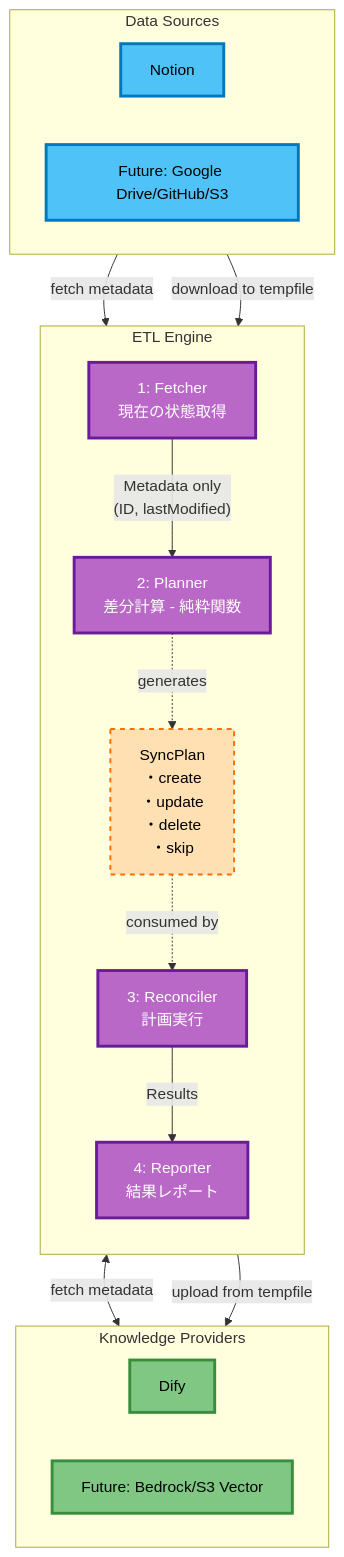
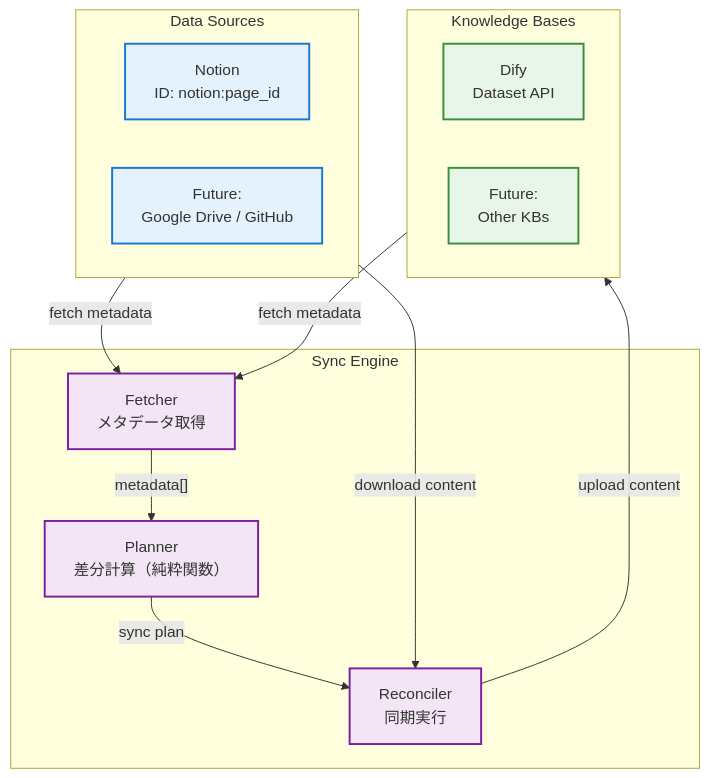
One commit to yuya-takeyama/dok changed the diagram in specs/20250718-1952-ai-knowledge-etl-framework/design.md. Above: the diagram before and after it, drawn with Mermaid. The commit also changed other lines of this file, not shown here.

First line of the commit message:
refactor: simplify design to focus on minimal Notion→Dify sync

````diff
--- a/specs/20250718-1952-ai-knowledge-etl-framework/design.md
+++ b/specs/20250718-1952-ai-knowledge-etl-framework/design.md
@@ -31,42 +31,34 @@
 ```mermaid
 flowchart TB
     subgraph DS[Data Sources]
-        Notion[Notion]
-        Future1["Future: Google Drive/GitHub/S3"]
+        Notion["Notion<br/>ID: notion:page_id"]
+        Future1["Future:<br/>Google Drive / GitHub"]
     end
 
-    subgraph ETL[ETL Engine]
-        direction TB
-        Fetcher["1: Fetcher<br/>現在の状態取得"]
-        Planner["2: Planner<br/>差分計算 - 純粋関数"]
-        SyncPlan["SyncPlan<br/>・create<br/>・update<br/>・delete<br/>・skip"]
-        Reconciler["3: Reconciler<br/>計画実行"]
-        Reporter["4: Reporter<br/>結果レポート"]
+    subgraph Core[Sync Engine]
+        Fetcher["Fetcher<br/>メタデータ取得"]
+        Planner["Planner<br/>差分計算（純粋関数）"]
+        Reconciler["Reconciler<br/>同期実行"]
 
-        Fetcher -->|"Metadata only<br/>(ID, lastModified)"| Planner
-        Planner -.->|"generates"| SyncPlan
-        SyncPlan -.->|"consumed by"| Reconciler
-        Reconciler -->|"Results"| Reporter
+        Fetcher -->|"metadata[]"| Planner
+        Planner -->|"sync plan"| Reconciler
     end
 
-    subgraph KP[Knowledge Providers]
-        Dify[Dify]
-        Future2["Future: Bedrock/S3 Vector"]
+    subgraph KB[Knowledge Bases]
+        Dify["Dify<br/>Dataset API"]
+        Future2["Future:<br/>Other KBs"]
     end
 
     DS -->|"fetch metadata"| Fetcher
-    Fetcher <-->|"fetch metadata"| KP
-    DS -->|"download to tempfile"| Reconciler
-    Reconciler -->|"upload from tempfile"| KP
+    KB -->|"fetch metadata"| Fetcher
+    DS -->|"download content"| Reconciler
+    Reconciler -->|"upload content"| KB
 
-    classDef dataSource fill:#4fc3f7,stroke:#0277bd,stroke-width:3px,color:#000
-    classDef etlComponent fill:#ba68c8,stroke:#6a1b9a,stroke-width:3px,color:#fff
-    classDef knowledge fill:#81c784,stroke:#388e3c,stroke-width:3px,color:#000
-    classDef state fill:#ffb74d,stroke:#f57c00,stroke-width:3px,color:#000
-    classDef data fill:#ffe0b2,stroke:#ff6f00,stroke-width:2px,stroke-dasharray: 5 5,color:#000
+    classDef dataSource fill:#e3f2fd,stroke:#1976d2,stroke-width:2px
+    classDef core fill:#f3e5f5,stroke:#7b1fa2,stroke-width:2px
+    classDef knowledge fill:#e8f5e9,stroke:#388e3c,stroke-width:2px
 
     class Notion,Future1 dataSource
-    class Fetcher,Planner,Reconciler,Reporter etlComponent
+    class Fetcher,Planner,Reconciler core
     class Dify,Future2 knowledge
-    class SyncPlan data
 ```
````
